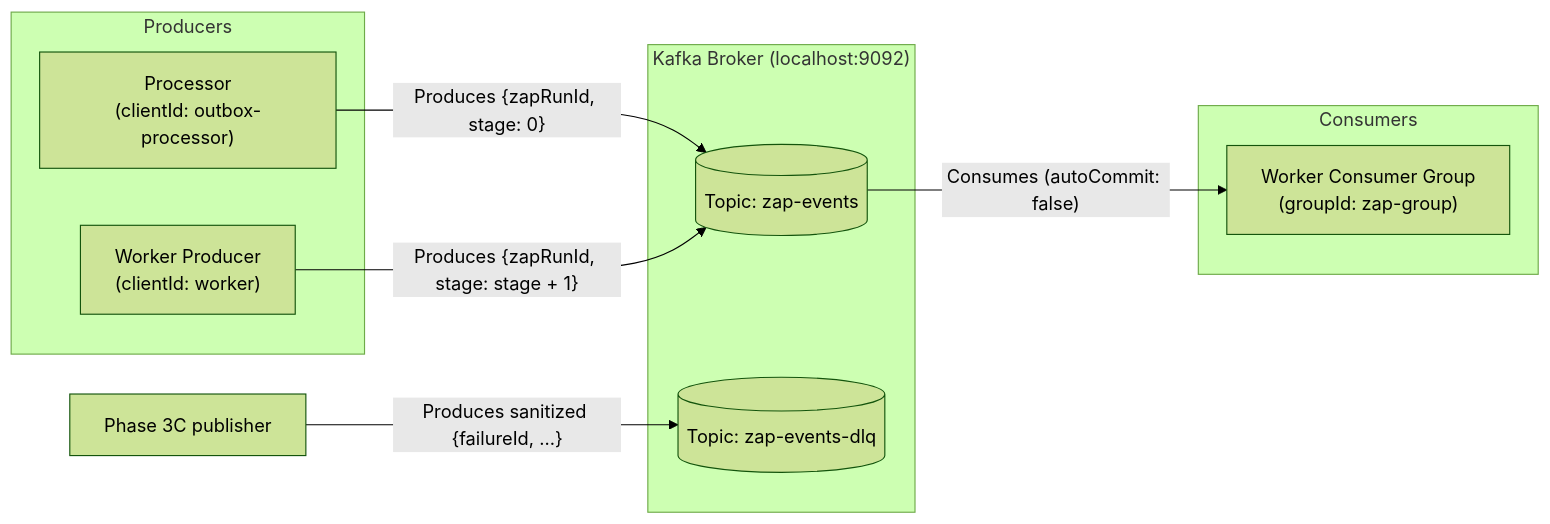
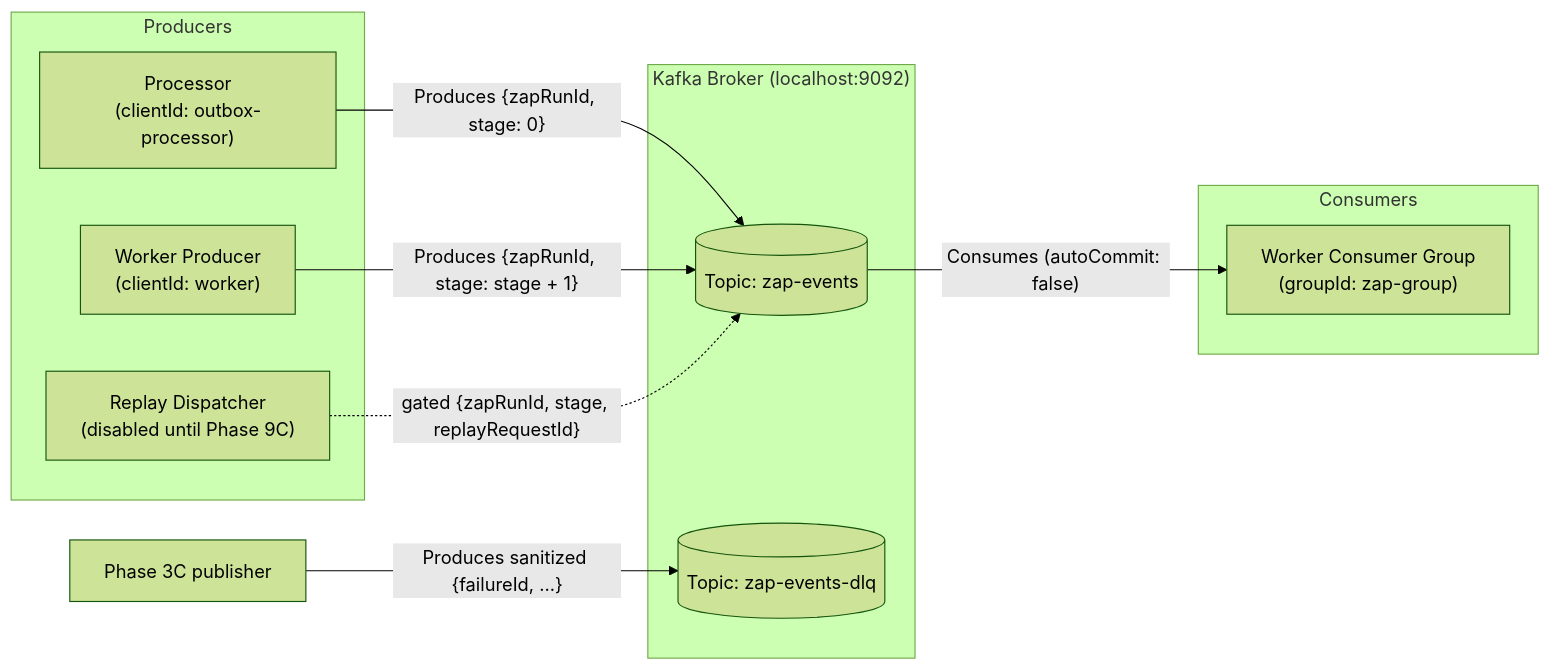
Before and after one commit to Thisshonrobert/zapier: the diagram in docs/kafka.md, drawn with Mermaid (forest theme). The commit also changed other lines of this file and 3 other files, not shown here.

````diff
--- a/docs/kafka.md
+++ b/docs/kafka.md
@@ -76,21 +90,23 @@
 ```mermaid
 flowchart LR
     subgraph Producers
         Processor["Processor<br/>(clientId: outbox-processor)"]
         WorkerProducer["Worker Producer<br/>(clientId: worker)"]
+        ReplayDispatcher["Replay Dispatcher<br/>(disabled until Phase 9C)"]
     end
 
     subgraph KafkaBroker["Kafka Broker (localhost:9092)"]
         ZapEventsTopic[("Topic: zap-events")]
         DLQTopic[("Topic: zap-events-dlq")]
     end
 
     subgraph Consumers
         WorkerConsumer["Worker Consumer Group<br/>(groupId: zap-group)"]
     end
 
     Processor -->|"Produces {zapRunId, stage: 0}"| ZapEventsTopic
     WorkerProducer -->|"Produces {zapRunId, stage: stage + 1}"| ZapEventsTopic
+    ReplayDispatcher -.->|"gated {zapRunId, stage, replayRequestId}"| ZapEventsTopic
   DlqPublisher["Phase 3C publisher"] -->|"Produces sanitized {failureId, ...}"| DLQTopic
     ZapEventsTopic -->|"Consumes (autoCommit: false)"| WorkerConsumer
 ```
````
